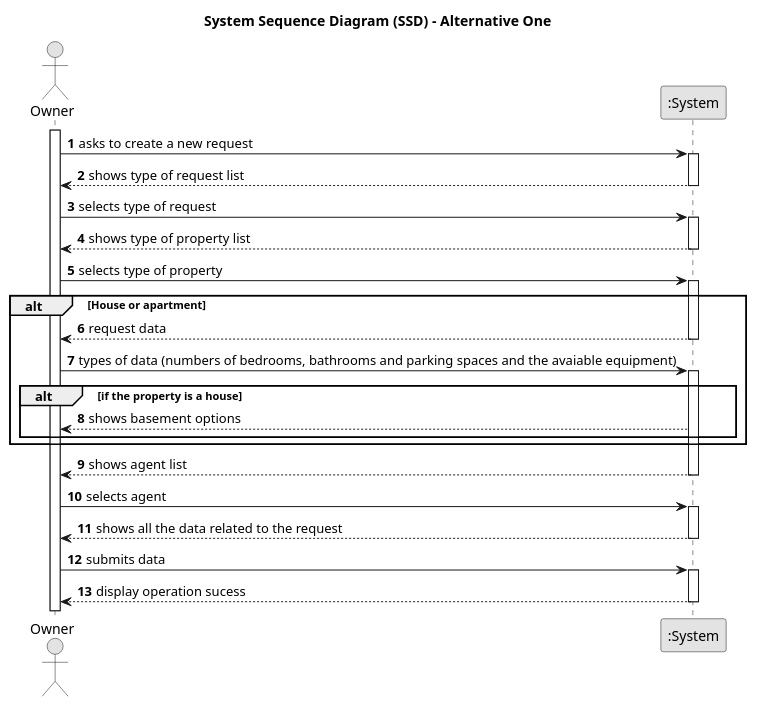
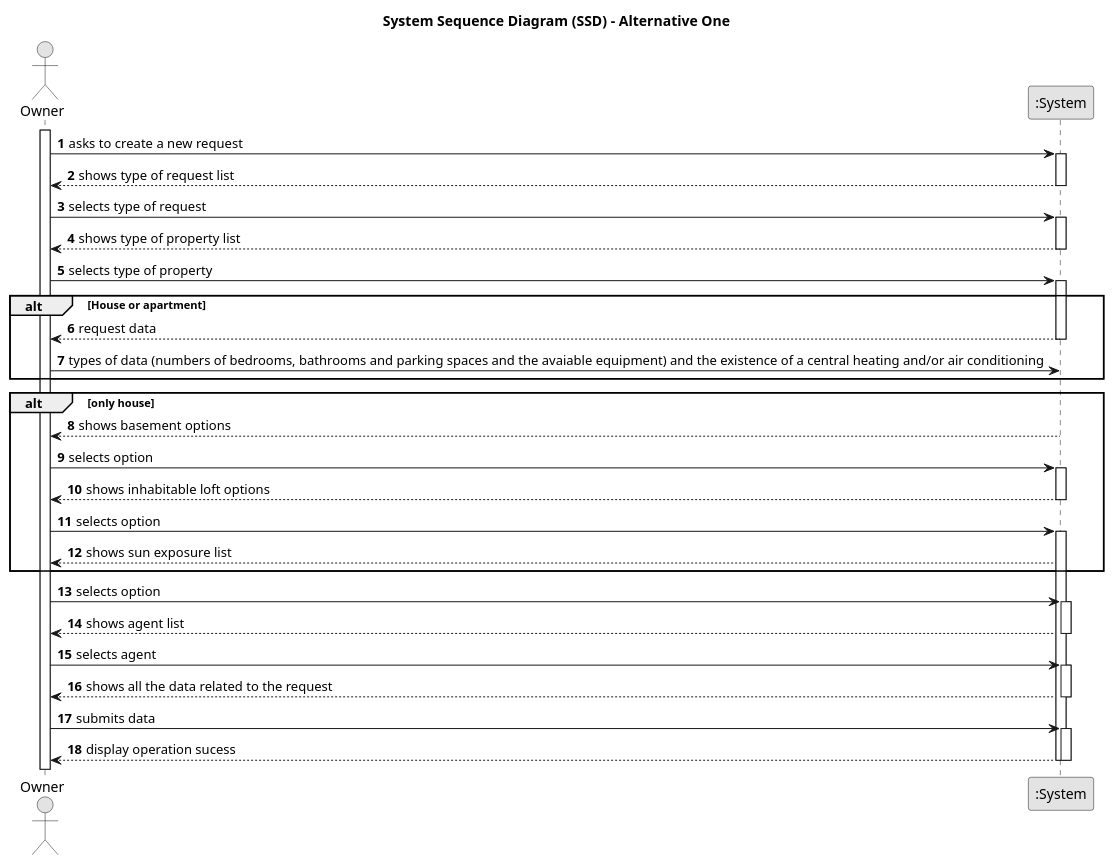
One commit to Rodrick0209/ISEP-LAPR2-22-23 changed the diagram in docs/sprintA/us004/01.requirements-engineering/puml/us004-system-sequence-diagram-alternative-one.puml. Above: the diagram before and after it, drawn with PlantUML.

Commit message:
ssd file us 004

```diff
--- a/docs/sprintA/us004/01.requirements-engineering/puml/us004-system-sequence-diagram-alternative-one.puml
+++ b/docs/sprintA/us004/01.requirements-engineering/puml/us004-system-sequence-diagram-alternative-one.puml
@@ -1,67 +1,85 @@
 @startuml
 skinparam monochrome true
 skinparam packageStyle rectangle
 skinparam shadowing false
 
 title System Sequence Diagram (SSD) - Alternative One
 
 autonumber
 
 actor "Owner" as Employee
 participant ":System" as System
 
 activate Employee
 
     Employee -> System : asks to create a new request
     activate System
 
         System --> Employee : shows type of request list
     deactivate System
 
     Employee -> System : selects type of request
     activate System
 
         System --> Employee : shows type of property list
 
     deactivate System
 
     Employee -> System : selects type of property
 
 alt House or apartment
     activate System
 
         System --> Employee : request data
     deactivate System
 
 
-    Employee -> System : types of data (numbers of bedrooms, bathrooms and parking spaces and the avaiable equipment)
+    Employee -> System : types of data (numbers of bedrooms, bathrooms and parking spaces and the avaiable equipment) and the existence of a central heating and/or air conditioning
 
-alt if the property is a house
-    activate System
 
-        System --> Employee : shows basement options
-end
 end
 
+alt only house
+
+      activate System
+
+            System --> Employee : shows basement options
+      deactivate System
+
+      Employee -> System : selects option
+
+      activate System
+
+            System --> Employee : shows inhabitable loft options
+      deactivate System
+
+      Employee -> System :  selects option
+
+      activate System
+
+            System --> Employee :shows sun exposure list
+end
+
+      Employee -> System :selects option
 
      activate System
 
         System --> Employee : shows agent list
     deactivate System
 
     Employee -> System :  selects agent
 
      activate System
 
         System --> Employee : shows all the data related to the request
      deactivate System
 
      Employee -> System : submits data
 
      activate System
 
             System --> Employee : display operation sucess
      deactivate System
 
 
 @enduml
```
